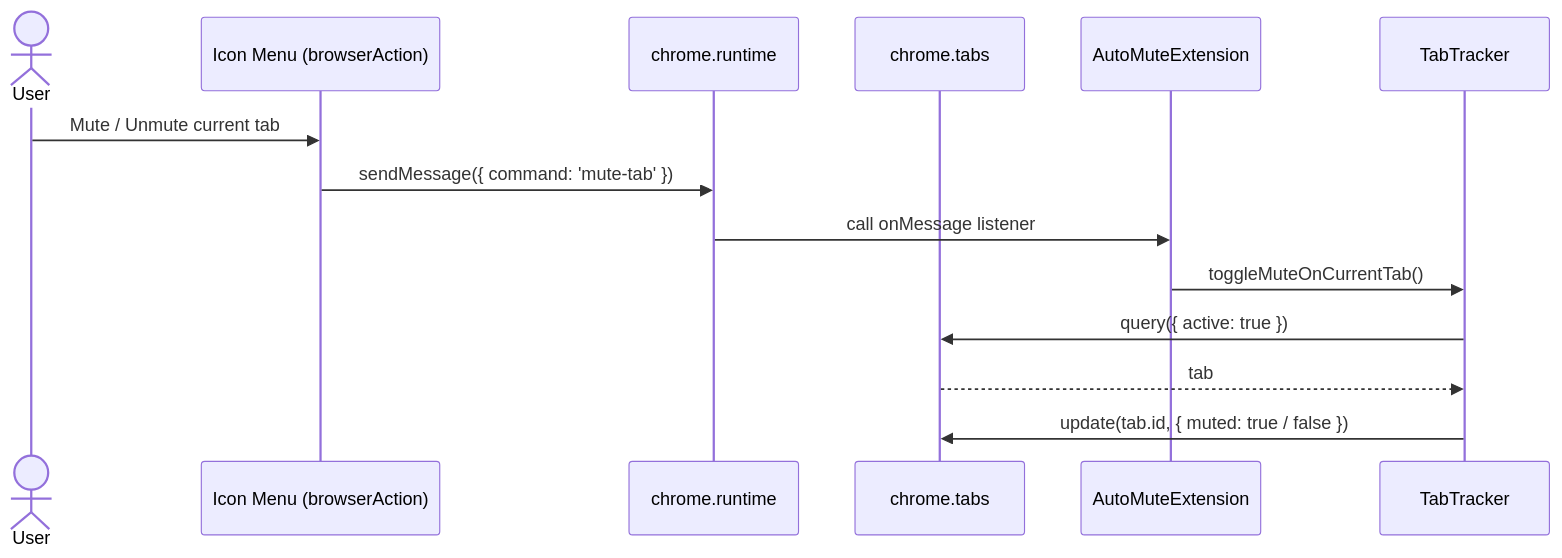
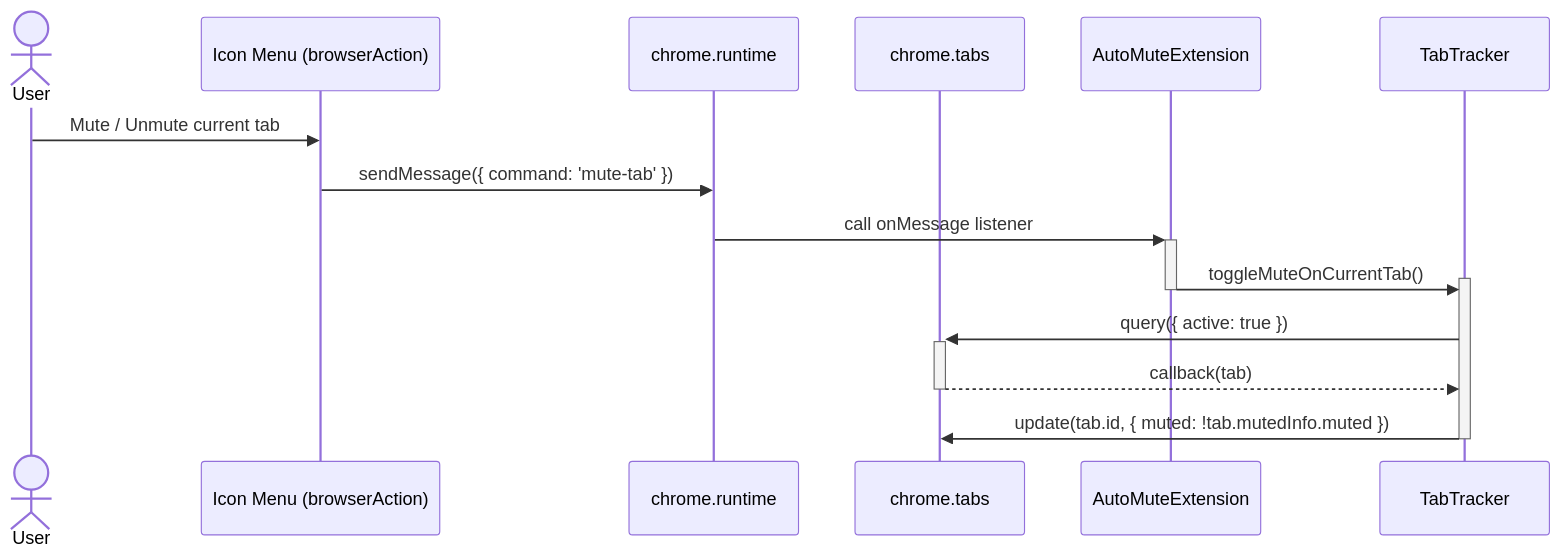
Before and after one commit to danBhentschel/auto-mute: the first of 4 diagrams in docs/SequenceDiagrams.md, drawn with Mermaid. The commit also changed other lines of this file and 8 other files, not shown here.

Commit message:
More sequence diagrams

````diff
--- a/docs/SequenceDiagrams.md
+++ b/docs/SequenceDiagrams.md
@@ -17,17 +17,19 @@
 ```mermaid
 sequenceDiagram
-   actor user as User
-   participant browserAction as Icon Menu (browserAction)
-   participant runtime as chrome.runtime
-   participant tabs as chrome.tabs
-   participant extension as AutoMuteExtension
-   participant tracker as TabTracker
+    actor user as User
+    participant browserAction as Icon Menu (browserAction)
+    participant runtime as chrome.runtime
+    participant tabs as chrome.tabs
+    participant extension as AutoMuteExtension
+    participant tracker as TabTracker
 
     user->>browserAction: Mute / Unmute current tab
     browserAction->>runtime: sendMessage({ command: 'mute-tab' })
-    runtime->>extension: call onMessage listener
-    extension->>tracker: toggleMuteOnCurrentTab()
-    tracker->>tabs: query({ active: true })
-    tabs-->>tracker: tab
-    tracker->>tabs: update(tab.id, { muted: true / false })
+    runtime->>+extension: call onMessage listener
+    extension->>+tracker: toggleMuteOnCurrentTab()
+    deactivate extension
+    tracker->>+tabs: query({ active: true })
+    tabs-->>-tracker: callback(tab)
+    tracker->>tabs: update(tab.id, { muted: !tab.mutedInfo.muted })
+    deactivate tracker
 ```
````
